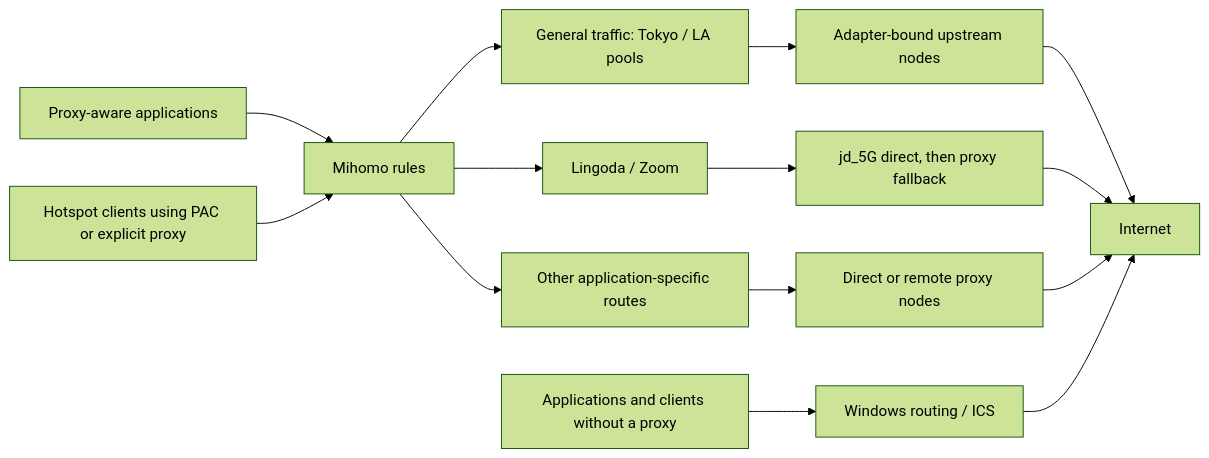
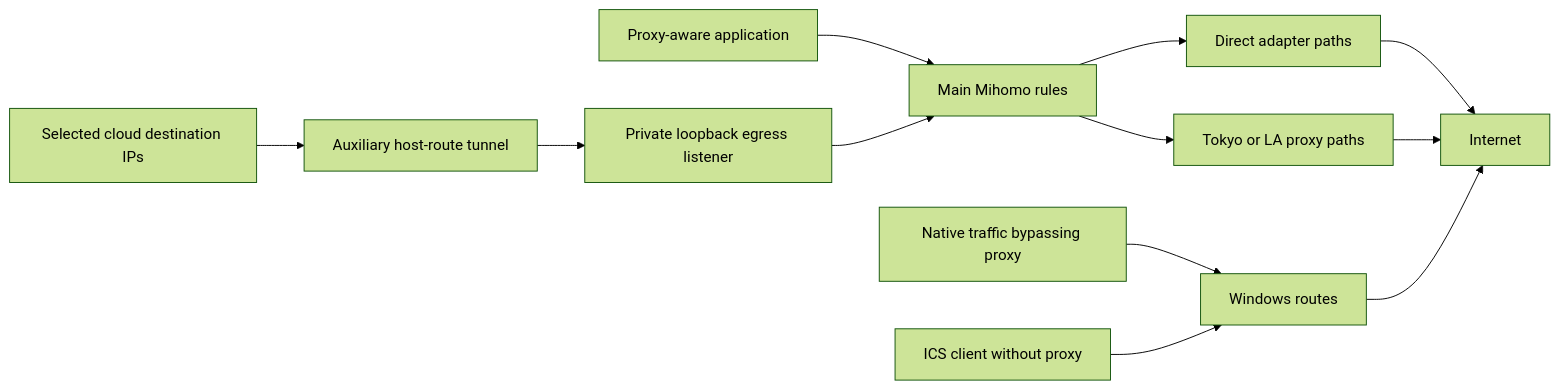
One commit to victor000000/mihomo changed the diagram in docs/current/ARCHITECTURE.md. Above: the diagram before and after it, drawn with Mermaid (forest theme). The commit also changed other lines of this file and 14 other files, not shown here.

````diff
--- a/docs/current/ARCHITECTURE.md
+++ b/docs/current/ARCHITECTURE.md
@@ -9,16 +7,14 @@
 ```mermaid
 flowchart LR
-    A[Proxy-aware applications] --> M[Mihomo rules]
-    H[Hotspot clients using PAC or explicit proxy] --> M
-    M --> G[General traffic: Tokyo / LA pools]
-    G --> B[Adapter-bound upstream nodes]
-    M --> C[Lingoda / Zoom]
-    C --> J[jd_5G direct, then proxy fallback]
-    M --> S[Other application-specific routes]
-    S --> D[Direct or remote proxy nodes]
-    B --> I[Internet]
-    J --> I
-    D --> I
-    N[Applications and clients without a proxy] --> W[Windows routing / ICS]
+    A[Proxy-aware application] --> M[Main Mihomo rules]
+    M --> D[Direct adapter paths]
+    M --> P[Tokyo or LA proxy paths]
+    D --> I[Internet]
+    P --> I
+    N[Native traffic bypassing proxy] --> W[Windows routes]
+    H[ICS client without proxy] --> W
     W --> I
+    C[Selected cloud destination IPs] --> T[Auxiliary host-route tunnel]
+    T --> E[Private loopback egress listener]
+    E --> M
 ```
````
